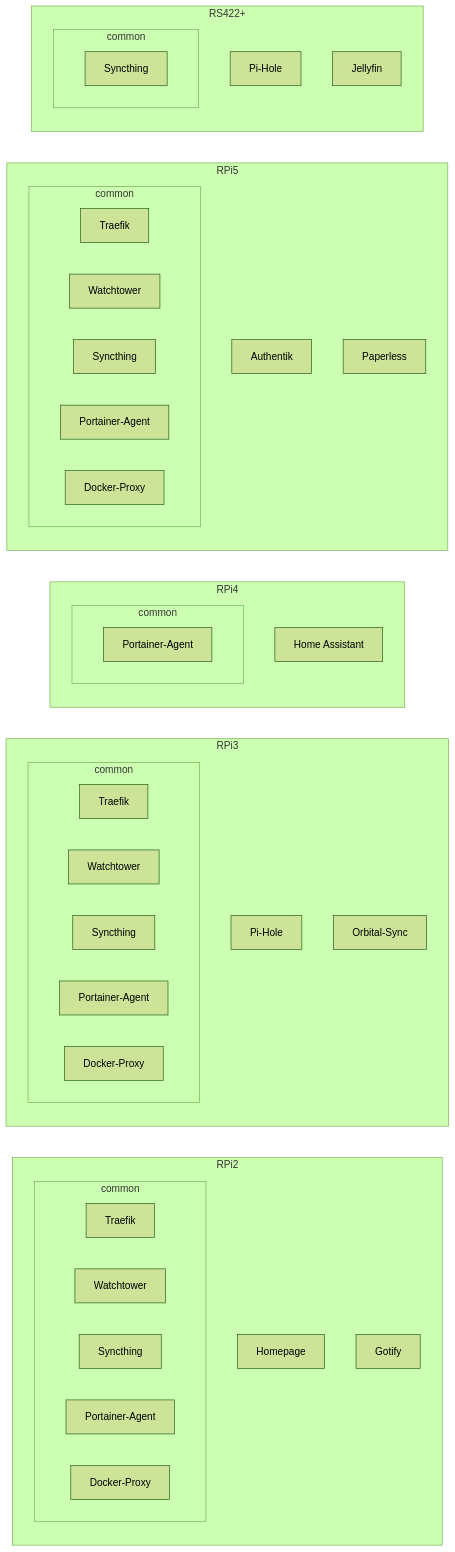
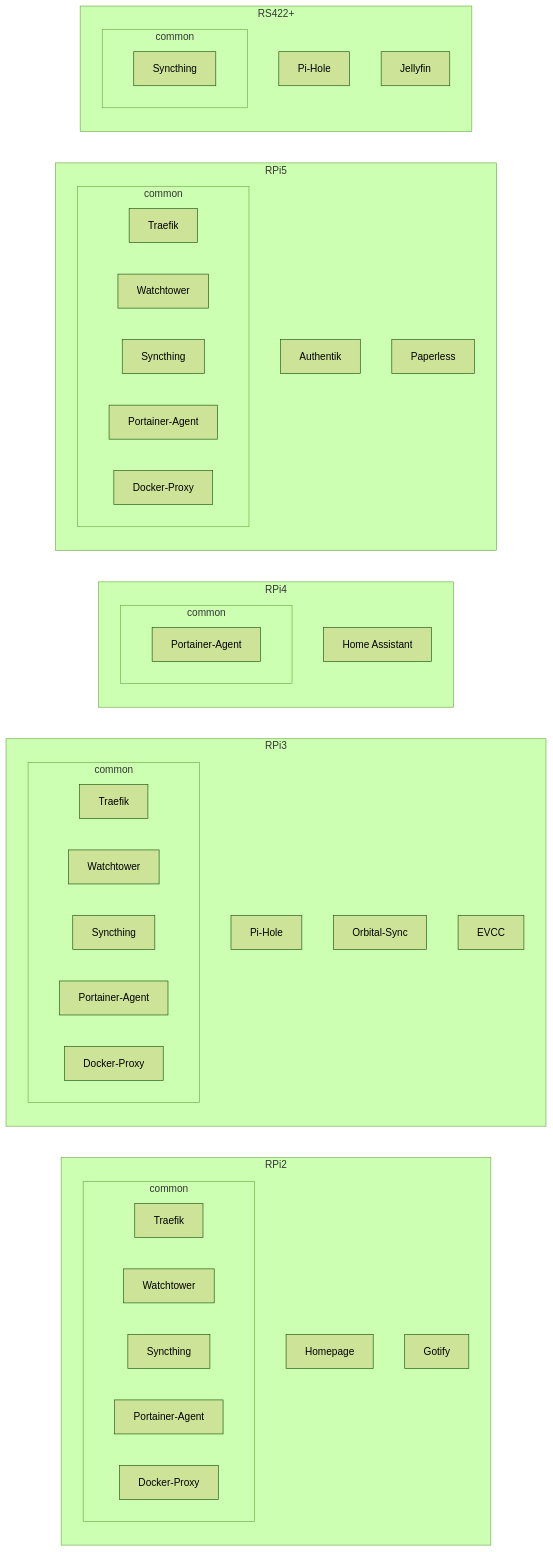
One commit to CFenner/homelab changed the diagram in README.md. Above: the diagram before and after it, drawn with Mermaid (forest theme). The commit also changed 2 other files, not shown here.

Commit message:
add EVCC (#7)

````diff
--- a/README.md
+++ b/README.md
@@ -3,57 +3,58 @@
 ```mermaid
 
 flowchart LR
 
   subgraph RPi2
     Homepage
     Gotify
     subgraph common-rpi2[common]
       traefik-rpi2[Traefik]
       watchtower-rpi2[Watchtower]
       syncthing-rpi2[Syncthing]
       portainer-rpi2[Portainer-Agent]
-      pockerproxy-rpi2[Docker-Proxy]
+      dockerproxy-rpi2[Docker-Proxy]
     end
   end
 
   subgraph RPi3
     Pi-Hole
     Orbital-Sync
+    EVCC
     subgraph common-rpi3[common]
       traefik-rpi3[Traefik]
       watchtower-rpi3[Watchtower]
       syncthing-rpi3[Syncthing]
       portainer-rpi3[Portainer-Agent]
-      pockerproxy-rpi3[Docker-Proxy]
+      dockerproxy-rpi3[Docker-Proxy]
     end
   end
 
   subgraph RPi4
     ha[Home Assistant]
     subgraph common-rpi4[common]
       portainer-rpi4[Portainer-Agent]
     end
   end
 
   subgraph RPi5
     Authentik
     Paperless
     
     subgraph common-rpi5[common]
       traefik-rpi5[Traefik]
       watchtower-rpi5[Watchtower]
       syncthing-rpi5[Syncthing]
       portainer-rpi5[Portainer-Agent]
-      pockerproxy-rpi5[Docker-Proxy]
+      dockerproxy-rpi5[Docker-Proxy]
     end
   end
 
   subgraph RS422+
     secondary-pihole[Pi-Hole]
     Jellyfin
     subgraph common-rs422[common]
       syncthing[Syncthing]
     end
   end
 
 ```
````
